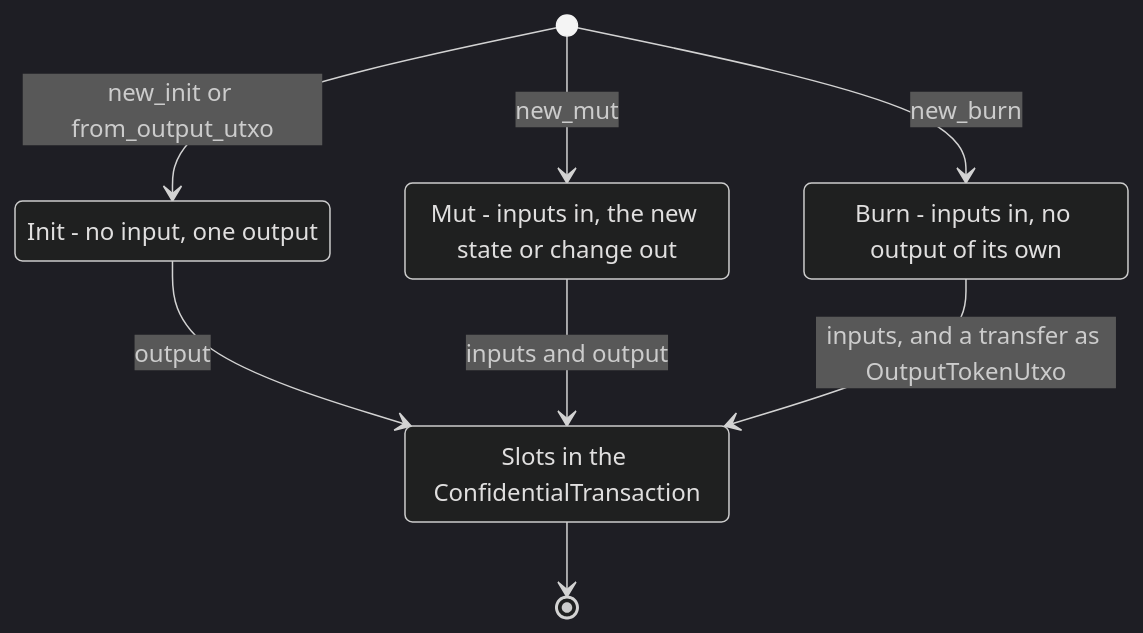
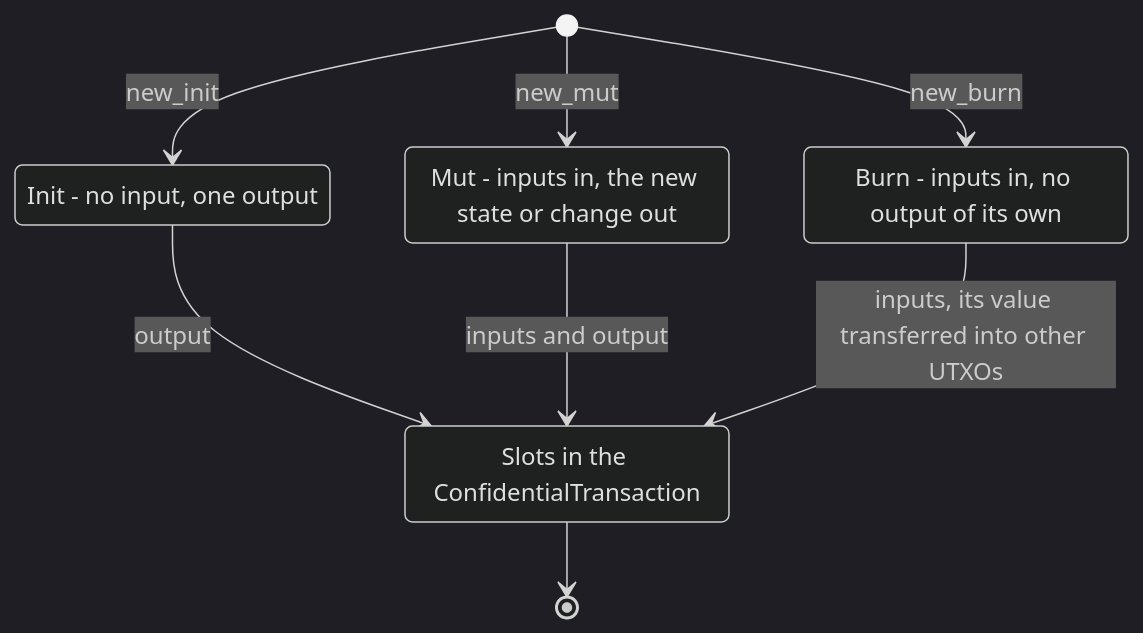
Before and after one commit to helius-labs/zolana: the second of 2 diagrams in sdk-tests/timelock-escrow/arkworks/README.md, drawn with Mermaid (dark theme). The commit also changed other lines of this file and 46 other files, not shown here.

First line of the commit message:
refactor(zk-program-sdk): transfers move value between utxos

````diff
--- a/sdk-tests/timelock-escrow/arkworks/README.md
+++ b/sdk-tests/timelock-escrow/arkworks/README.md
@@ -186,18 +185,18 @@
 ```mermaid
 stateDiagram-v2
     accTitle: The DataUtxo and TokenUtxo lifecycles
-    accDescr: Both UTXO types start as Init, Mut or Burn. Init adds an output, Mut inputs and an output, Burn inputs. A burned UTXO pays out through transfers and has no change.
+    accDescr: Both UTXO types start as Init, Mut or Burn. Init adds an output, Mut inputs and an output, Burn inputs. A burned UTXO transfers its value into other UTXOs and has no output.
 
     state "Init - no input, one output" as Init
     state "Mut - inputs in, the new state or change out" as Mut
     state "Burn - inputs in, no output of its own" as Burn
     state "Slots in the ConfidentialTransaction" as Slots
 
-    [*] --> Init : new_init or from_output_utxo
+    [*] --> Init : new_init
     [*] --> Mut : new_mut
     [*] --> Burn : new_burn
     Init --> Slots : output
     Mut --> Slots : inputs and output
-    Burn --> Slots : inputs, and a transfer as OutputTokenUtxo
+    Burn --> Slots : inputs, its value transferred into other UTXOs
     Slots --> [*]
 ```
````
